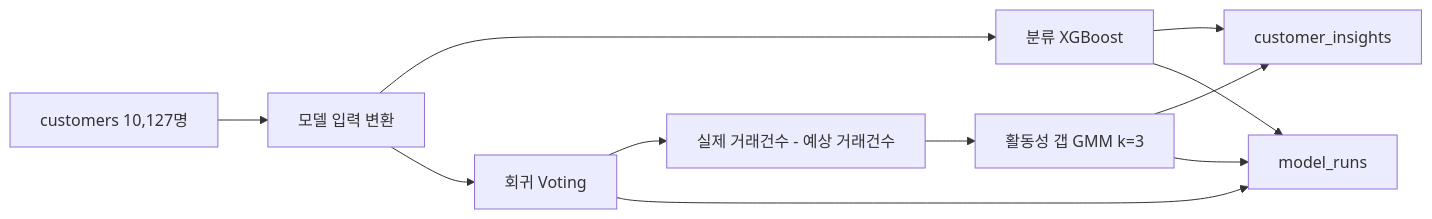
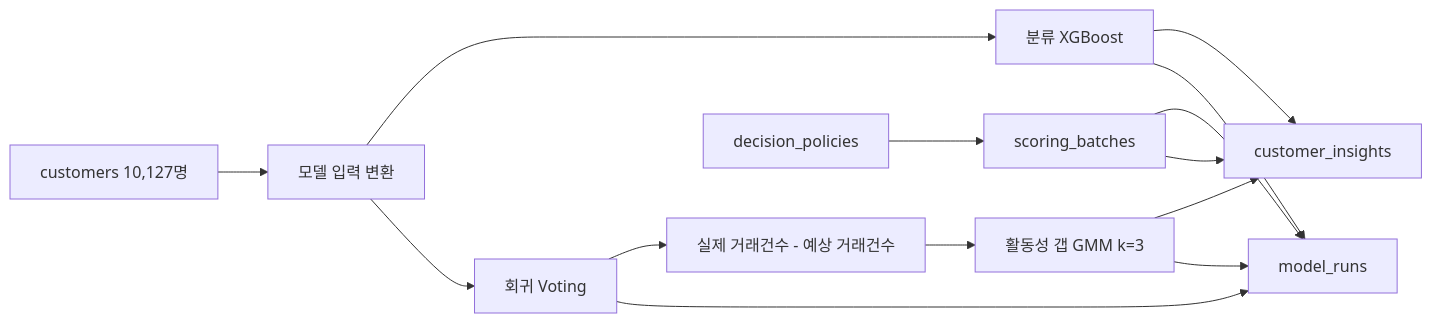
The diagram in docs/phase2_analysis_batch.md (SKN-34-castleuk/SKN34-2nd-4Team), drawn with Mermaid before and after one commit. The commit also changed other lines of this file and 17 other files, not shown here.

```diff
--- a/docs/phase2_analysis_batch.md
+++ b/docs/phase2_analysis_batch.md
@@ -22,13 +23,16 @@
 ~~~mermaid
 flowchart LR
     C[customers 10,127명] --> F[모델 입력 변환]
     F --> CL[분류 XGBoost]
     F --> RE[회귀 Voting]
     CL --> I[customer_insights]
     RE --> GAP[실제 거래건수 - 예상 거래건수]
     GAP --> G[활동성 갭 GMM k=3]
     G --> I
-    CL --> R[model_runs]
+    P[decision_policies] --> B[scoring_batches]
+    B --> R[model_runs]
+    B --> I
+    CL --> R
     RE --> R
     G --> R
 ~~~
```
